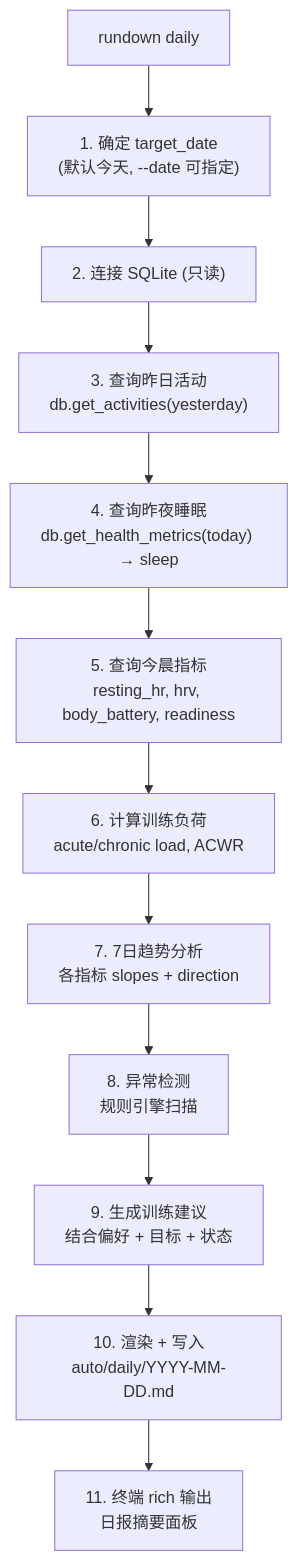
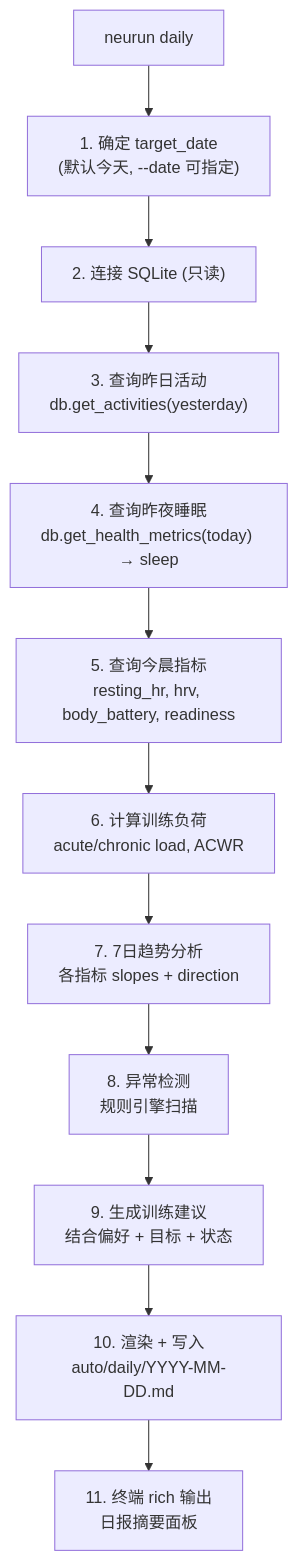
Before and after one commit to qd1993102/rundown: the third of 5 diagrams in docs/design/05-data-flow.md, drawn with Mermaid. The commit also changed other lines of this file and 65 other files, not shown here.

````diff
--- a/docs/design/05-data-flow.md
+++ b/docs/design/05-data-flow.md
@@ -67,17 +67,17 @@
 ```mermaid
 graph TD
-    D1["rundown daily"]
+    D1["neurun daily"]
     D2["1. 确定 target_date<br/>(默认今天, --date 可指定)"]
     D3["2. 连接 SQLite (只读)"]
     D4["3. 查询昨日活动<br/>db.get_activities(yesterday)"]
     D5["4. 查询昨夜睡眠<br/>db.get_health_metrics(today) → sleep"]
     D6["5. 查询今晨指标<br/>resting_hr, hrv, body_battery, readiness"]
     D7["6. 计算训练负荷<br/>acute/chronic load, ACWR"]
     D8["7. 7日趋势分析<br/>各指标 slopes + direction"]
     D9["8. 异常检测<br/>规则引擎扫描"]
     D10["9. 生成训练建议<br/>结合偏好 + 目标 + 状态"]
     D11["10. 渲染 + 写入<br/>auto/daily/YYYY-MM-DD.md"]
     D12["11. 终端 rich 输出<br/>日报摘要面板"]
 
     D1 --> D2 --> D3 --> D4 --> D5 --> D6 --> D7 --> D8 --> D9 --> D10 --> D11 --> D12
 ```
````
